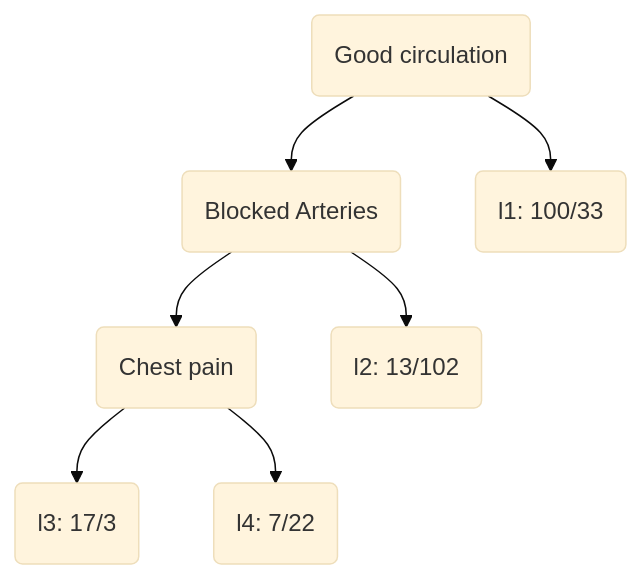
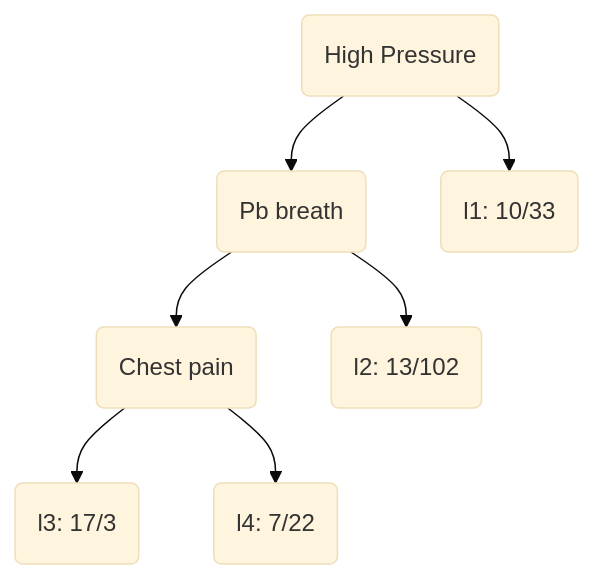
The diagram in Decision tree.md (Gabriel2409/obsidian_notes), drawn with Mermaid (base theme) before and after one commit. The commit also changed 47 other files, not shown here.

````diff
--- a/Decision tree.md
+++ b/Decision tree.md
@@ -21,9 +21,9 @@
 ```mermaid
 graph TD;
-A(Good circulation)--> B(Blocked Arteries)
-A -->C(l1: 100/33)
+A(High Pressure)--> B(Pb breath)
+A -->C(l1: 10/33)
 B -->D(Chest pain)
 B-->E(l2: 13/102)
 D-->F(l3: 17/3)
 D-->G(l4: 7/22)
 ```
````
